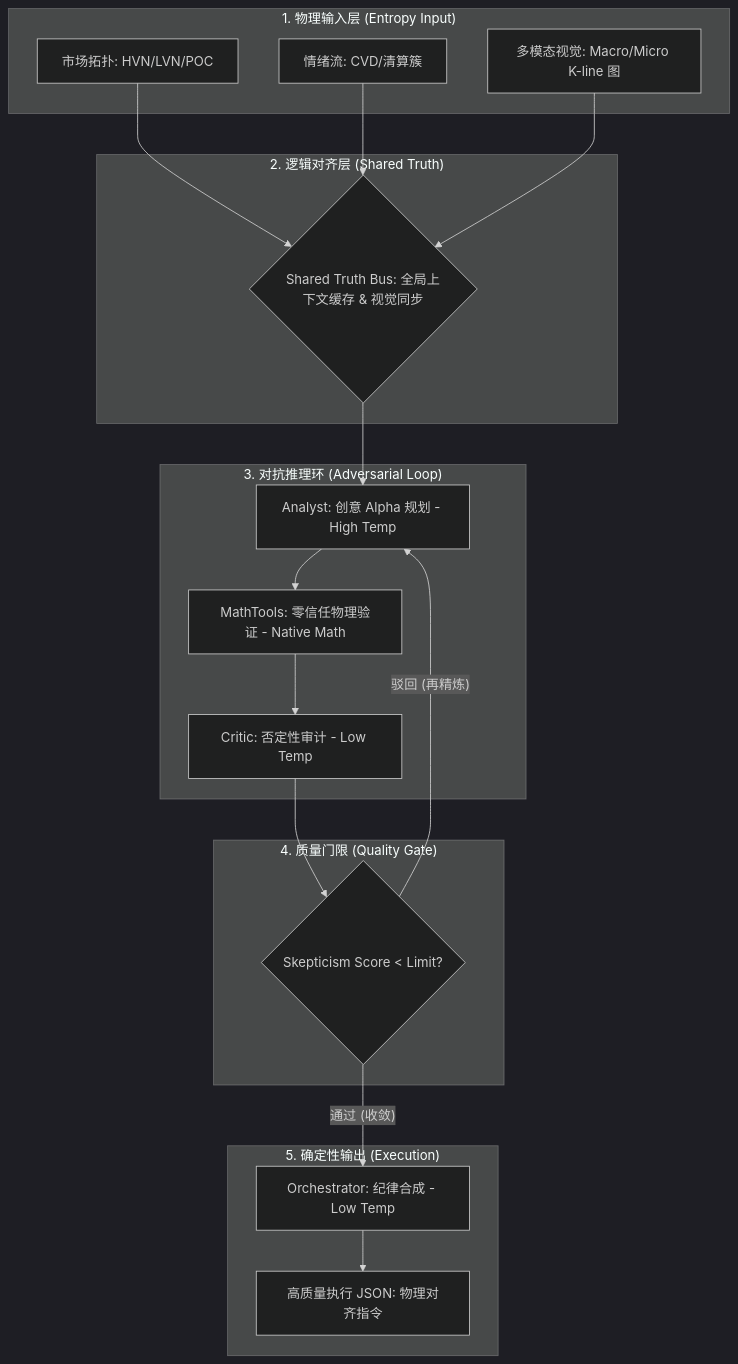
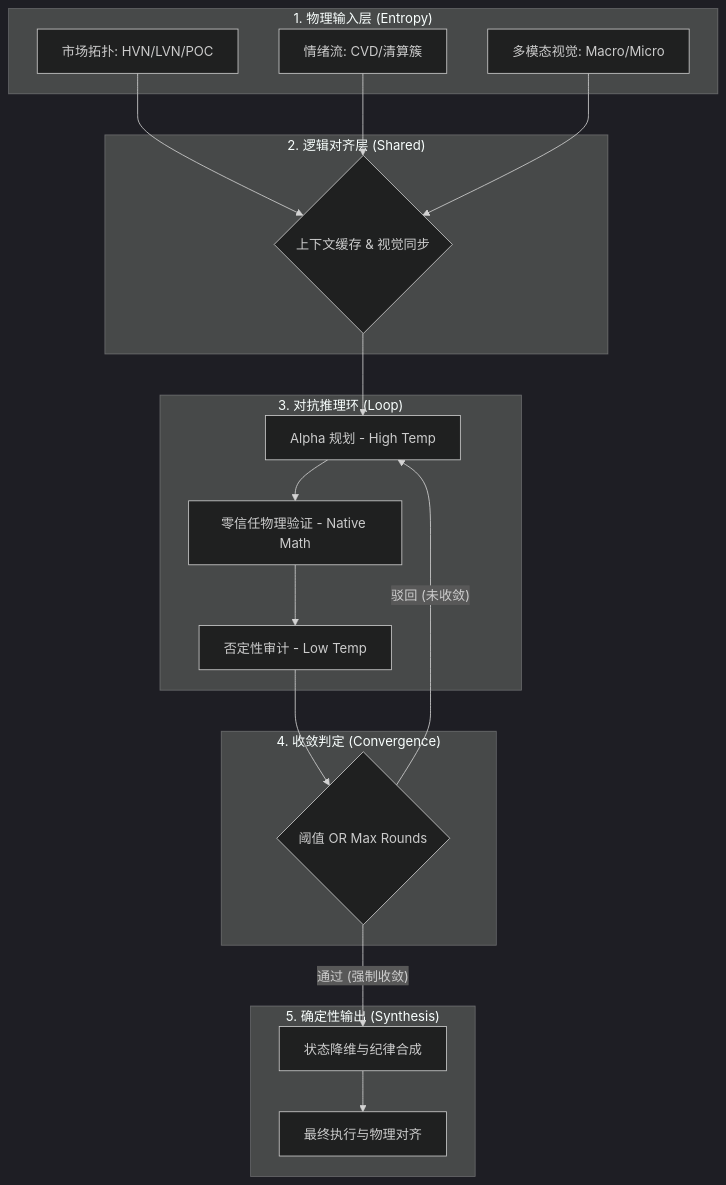
The diagram in README.md (jiangyang5157/binary-star), drawn with Mermaid (dark theme) before and after one commit. The commit also changed other lines of this file, not shown here.

````diff
--- a/README.md
+++ b/README.md
@@ -48,36 +48,34 @@
 ```mermaid
 graph TD
-    subgraph Input_Layer ["1. 物理输入层 (Entropy Input)"]
+    subgraph Input_Layer ["1. 物理输入层 (Entropy)"]
         A1[市场拓扑: HVN/LVN/POC]
         A2[情绪流: CVD/清算簇]
-        A3[多模态视觉: Macro/Micro K-line 图]
+        A3[多模态视觉: Macro/Micro]
     end
 
-    subgraph Alignment_Layer ["2. 逻辑对齐层 (Shared Truth)"]
-        B{Shared Truth Bus: 全局上下文缓存 & 视觉同步}
+    subgraph Alignment_Layer ["2. 逻辑对齐层 (Shared)"]
+        B{上下文缓存 & 视觉同步}
     end
 
-    subgraph Reasoning_Triad ["3. 对抗推理环 (Adversarial Loop)"]
-        C[Analyst: 创意 Alpha 规划 - High Temp]
-        D[MathTools: 零信任物理验证 - Native Math]
-        E[Critic: 否定性审计 - Low Temp]
+    subgraph Reasoning_Triad ["3. 对抗推理环 (Loop)"]
+        C[Alpha 规划 - High Temp]
+        D[零信任物理验证 - Native Math]
+        E[否定性审计 - Low Temp]
     end
 
-    subgraph Decision_Gate ["4. 质量门限 (Quality Gate)"]
-        F{Skepticism Score < Limit?}
+    subgraph Convergence_Engine ["4. 收敛判定 (Convergence)"]
+        F{阈值 OR Max Rounds}
     end
-
-    subgraph Output_Layer ["5. 确定性输出 (Execution)"]
-        G[Orchestrator: 纪律合成 - Low Temp]
-        H[高质量执行 JSON: 物理对齐指令]
+    subgraph Output_Layer ["5. 确定性输出 (Synthesis)"]
+        G[状态降维与纪律合成]
+        H[最终执行与物理对齐]
     end
-
     A1 & A2 & A3 --> B
     B --> C
     C --> D
     D --> E
     E --> F
-    F -- "驳回 (再精炼)" --> C
-    F -- "通过 (收敛)" --> G
+    F -- "驳回 (未收敛)" --> C
+    F -- "通过 (强制收敛)" --> G
     G --> H
 ```
````
